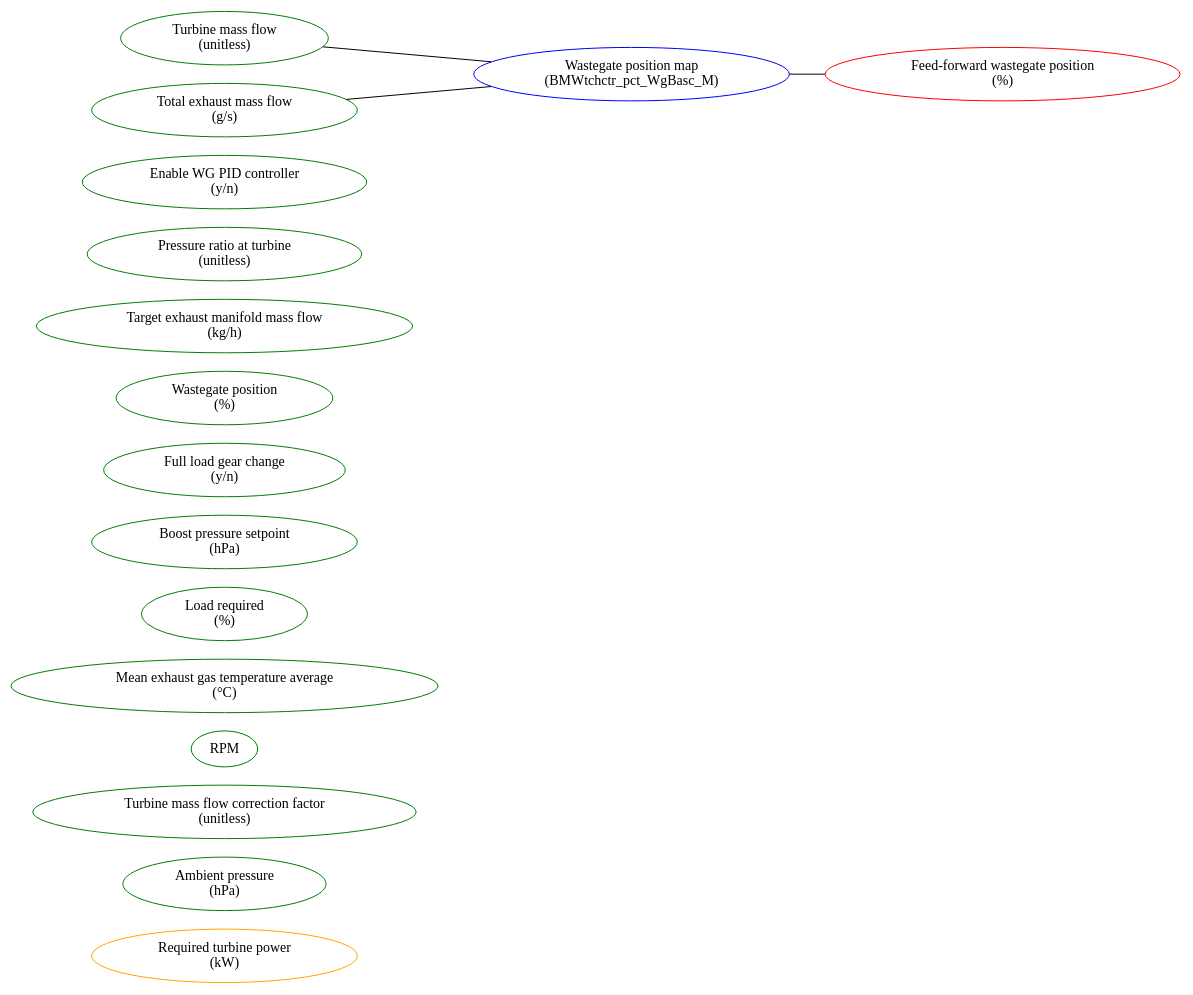
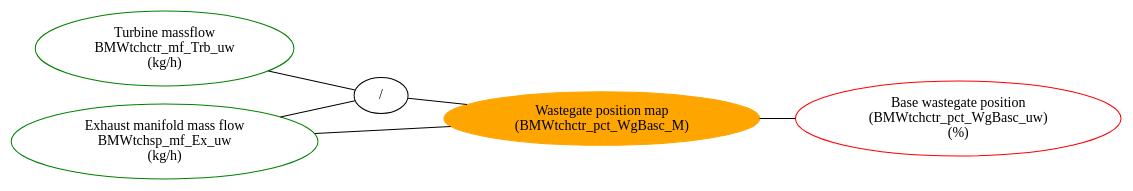
The diagram in src/main/resources/wg-basc.dot (jtownson/xdfbinext), drawn with Graphviz before and after one commit. The commit also changed 19 other files, not shown here.

```diff
--- a/src/main/resources/wg-basc.dot
+++ b/src/main/resources/wg-basc.dot
@@ -1,27 +1,17 @@
 graph "wgbasc" {
     graph ["rankdir" = "LR"]
 
-    BMWtchctr_pwr_Trb_uw [label="Required turbine power\n(kW)",color="orange"]
-    Pumg [label="Ambient pressure\n(hPa)",color="green"]
-    F_msturb_kor_inv [label="Turbine mass flow correction factor\n(unitless)",color="green"]
-    Nkw [label="RPM",color="green"]
-    Tabg_mw [label="Mean exhaust gas temperature average\n(°C)",color="green"]
-    Rf [label="Load required\n(%)",color="green"]
-    BMWtchsp_p_ReqDyn_sw [label="Boost pressure setpoint\n(hPa)",color="green"]
-    BMWtchbas_b_FlGc_bo [label="Full load gear change\n(y/n)",color="green"]
-    BMWtchctr_pct_WgRaw_uw [label="Wastegate position\n(%)",color="green"]
-    BMWtchsp_mf_Ex_uw [label="Target exhaust manifold mass flow\n(kg/h)",color="green"]
-    BMWtchctr_rat_p_Trb_uw [label="Pressure ratio at turbine\n(unitless)",color="green"]
-    BMWtchco_b_ClcCtlr_bo [label="Enable WG PID controller\n(y/n)",color="green"]
+    BMWtchctr_mf_Trb_uw [label="Turbine massflow\nBMWtchctr_mf_Trb_uw\n(kg/h)",color=green]
+    BMWtchsp_mf_Ex_uw [label="Exhaust manifold mass flow\nBMWtchsp_mf_Ex_uw\n(kg/h)",color="green"]
+    div [label="/"]
 
-    "Turbine flow fraction" [label="Turbine mass flow\n(unitless)","color"="green"]
-    "Total exhaust mass flow" [label="Total exhaust mass flow\n(g/s)","color"="green"]
+    BMWtchctr_pct_WgBasc_M [label="Wastegate position map\n(BMWtchctr_pct_WgBasc_M)",color=orange,style=filled]
 
-    "Wastegate position" [label="Wastegate position map\n(BMWtchctr_pct_WgBasc_M)",color="blue"]
+    BMWtchctr_pct_WgBasc_uw [label="Base wastegate position\n(BMWtchctr_pct_WgBasc_uw)\n(%)",color=red]
 
-    "Feed-forward wastegate position" [label="Feed-forward wastegate position\n(%)",color="red"]
-
-    "Turbine flow fraction" -- "Wastegate position"
-    "Total exhaust mass flow" -- "Wastegate position"
-    "Wastegate position" -- "Feed-forward wastegate position"
+    BMWtchctr_mf_Trb_uw -- div
+    BMWtchsp_mf_Ex_uw -- div
+    div -- BMWtchctr_pct_WgBasc_M
+    BMWtchsp_mf_Ex_uw -- BMWtchctr_pct_WgBasc_M
+    BMWtchctr_pct_WgBasc_M -- BMWtchctr_pct_WgBasc_uw
 }
```
